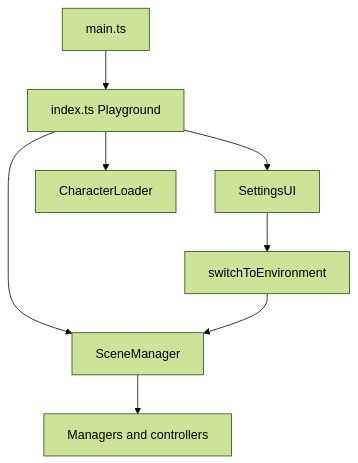
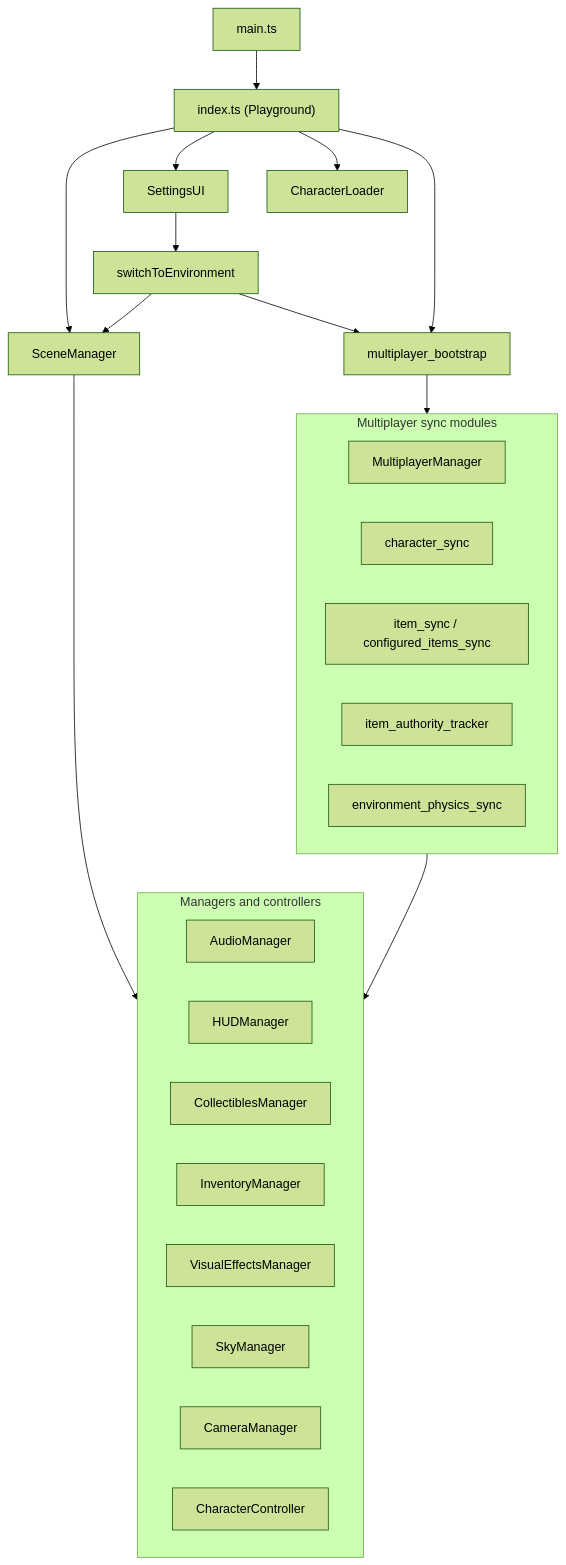
Before and after one commit to xqctPeepo/babylon-game-starter: the diagram in README.md, drawn with Mermaid (forest theme). The commit also changed other lines of this file and 12 other files, not shown here.

````diff
--- a/README.md
+++ b/README.md
@@ -113,10 +124,36 @@
 ```mermaid
 flowchart TD
-  viteMain["main.ts"] --> playgroundClass["index.ts Playground"]
+  viteMain["main.ts"] --> playgroundClass["index.ts (Playground)"]
   playgroundClass --> sceneMgr["SceneManager"]
   playgroundClass --> settingsUI["SettingsUI"]
   playgroundClass --> charLoad["CharacterLoader"]
-  sceneMgr --> managers["Managers and controllers"]
+  playgroundClass --> mpBoot["multiplayer_bootstrap"]
+
+  subgraph Managers [Managers and controllers]
+    direction LR
+    audio["AudioManager"]
+    hud["HUDManager"]
+    coll["CollectiblesManager"]
+    inv["InventoryManager"]
+    vfx["VisualEffectsManager"]
+    sky["SkyManager"]
+    cam["CameraManager"]
+    charCtl["CharacterController"]
+  end
+
+  subgraph Sync [Multiplayer sync modules]
+    direction LR
+    mpMgr["MultiplayerManager"]
+    charSync["character_sync"]
+    itemSync["item_sync / configured_items_sync"]
+    auth["item_authority_tracker"]
+    env["environment_physics_sync"]
+  end
+
+  sceneMgr --> Managers
   settingsUI --> switchEnv["switchToEnvironment"]
   switchEnv --> sceneMgr
+  switchEnv --> mpBoot
+  mpBoot --> Sync
+  Sync --> Managers
 ```
````
